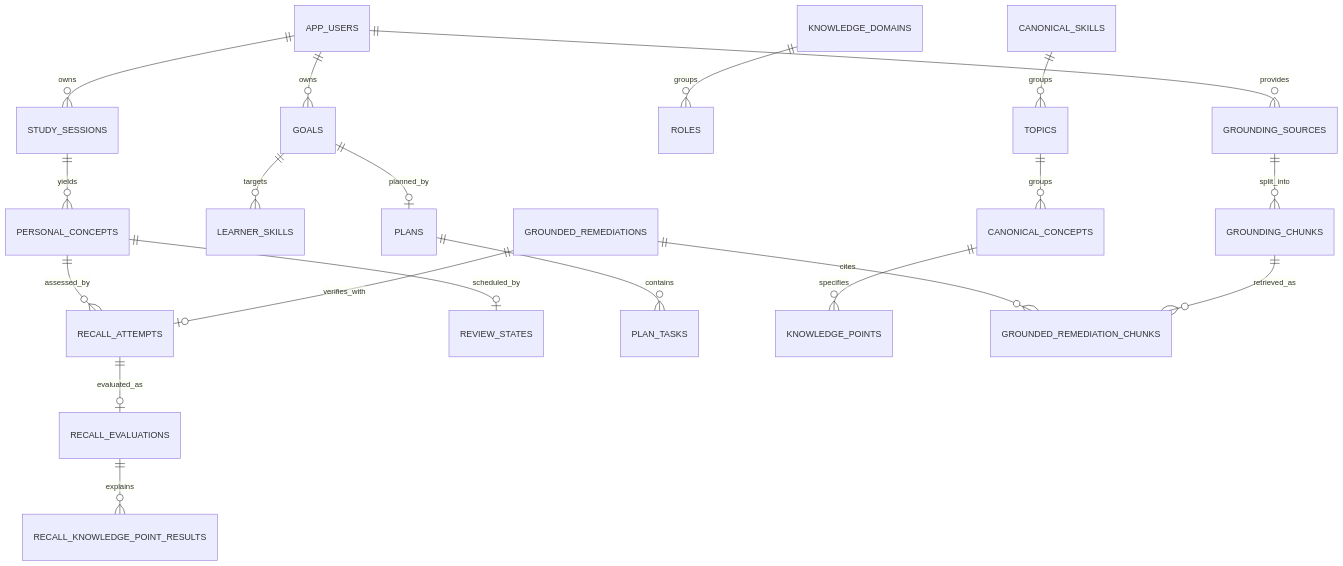
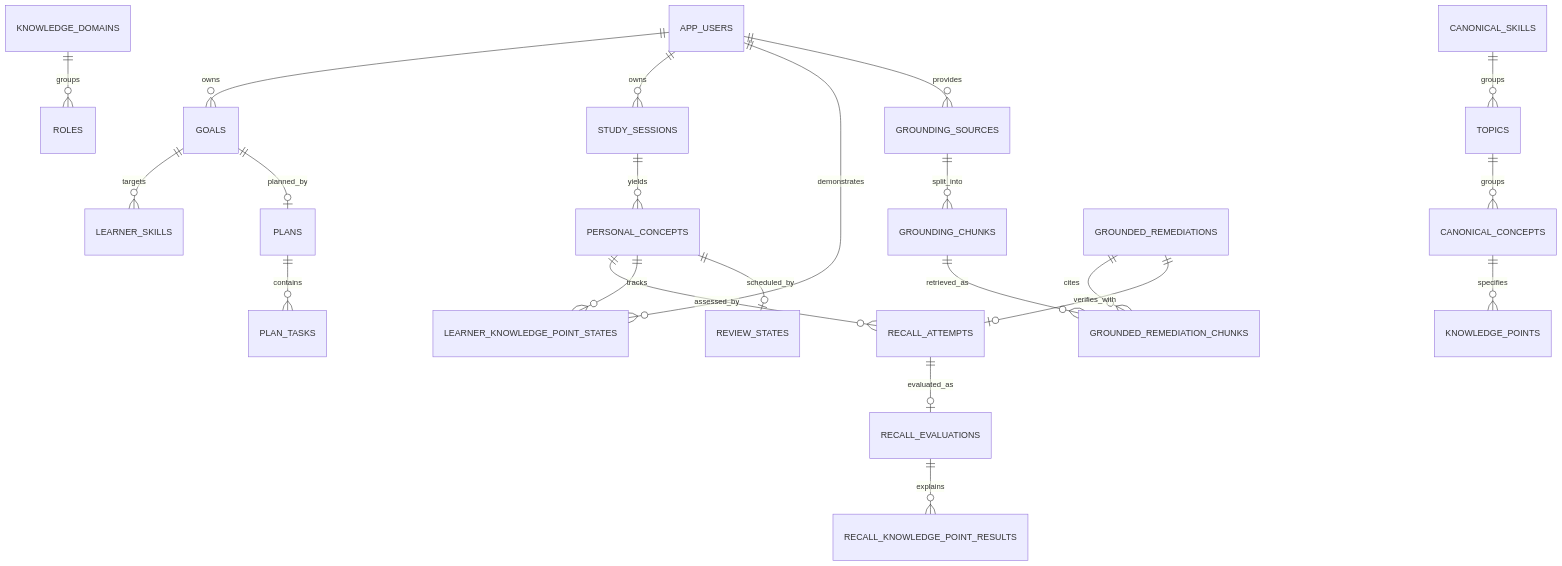
Before and after one commit to Sundramrai3691/RecallLoop: the diagram in docs/DATA_MODEL.md, drawn with Mermaid. The commit also changed other lines of this file and 27 other files, not shown here.

Commit message:
feat: Implement structured question parts and independent knowledge point evidence

````diff
--- a/docs/DATA_MODEL.md
+++ b/docs/DATA_MODEL.md
@@ -7,22 +7,24 @@
 ```mermaid
 erDiagram
   APP_USERS ||--o{ GOALS : owns
   APP_USERS ||--o{ STUDY_SESSIONS : owns
   STUDY_SESSIONS ||--o{ PERSONAL_CONCEPTS : yields
   PERSONAL_CONCEPTS ||--o{ RECALL_ATTEMPTS : assessed_by
   RECALL_ATTEMPTS ||--o| RECALL_EVALUATIONS : evaluated_as
   RECALL_EVALUATIONS ||--o{ RECALL_KNOWLEDGE_POINT_RESULTS : explains
+  APP_USERS ||--o{ LEARNER_KNOWLEDGE_POINT_STATES : demonstrates
+  PERSONAL_CONCEPTS ||--o{ LEARNER_KNOWLEDGE_POINT_STATES : tracks
   PERSONAL_CONCEPTS ||--o| REVIEW_STATES : scheduled_by
   GOALS ||--o{ LEARNER_SKILLS : targets
   GOALS ||--o| PLANS : planned_by
   PLANS ||--o{ PLAN_TASKS : contains
   KNOWLEDGE_DOMAINS ||--o{ ROLES : groups
   CANONICAL_SKILLS ||--o{ TOPICS : groups
   TOPICS ||--o{ CANONICAL_CONCEPTS : groups
   CANONICAL_CONCEPTS ||--o{ KNOWLEDGE_POINTS : specifies
   APP_USERS ||--o{ GROUNDING_SOURCES : provides
   GROUNDING_SOURCES ||--o{ GROUNDING_CHUNKS : split_into
   GROUNDED_REMEDIATIONS ||--o{ GROUNDED_REMEDIATION_CHUNKS : cites
   GROUNDING_CHUNKS ||--o{ GROUNDED_REMEDIATION_CHUNKS : retrieved_as
   GROUNDED_REMEDIATIONS ||--o| RECALL_ATTEMPTS : verifies_with
 ```
````
